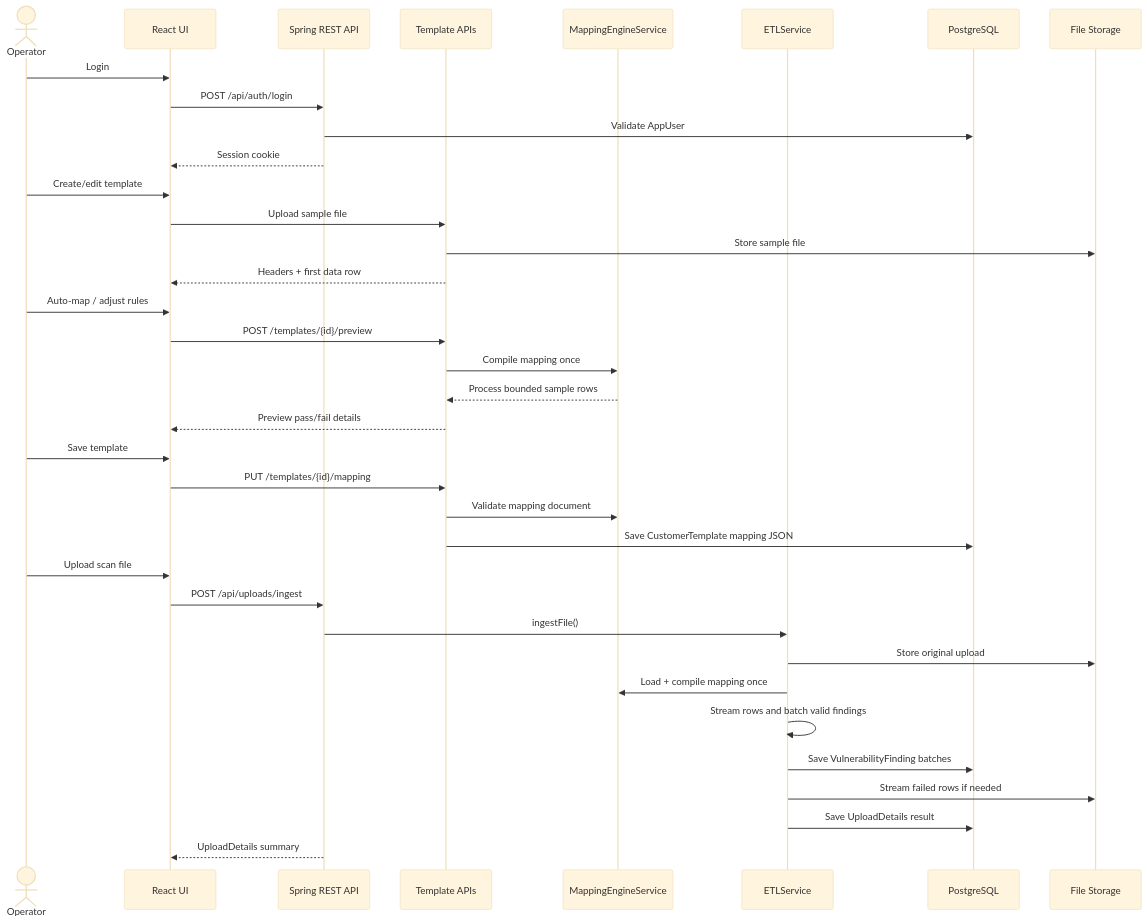
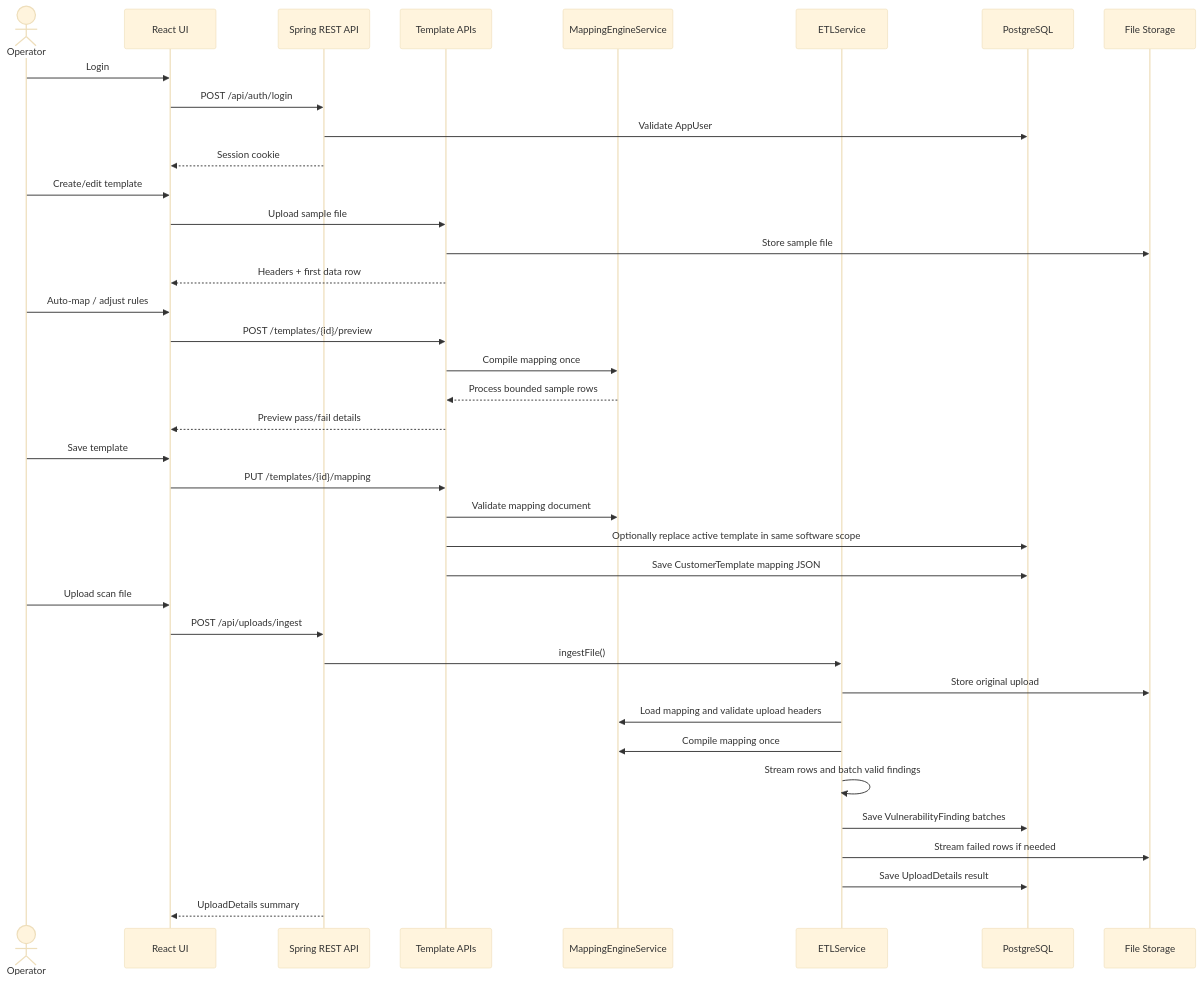
One commit to selva-czs/SecVulManager changed the second of 7 diagrams in ARCHITECTURE_AND_INGESTION_FLOW.md. Above: the diagram before and after it, drawn with Mermaid (base theme). The commit also changed other lines of this file and 40 other files, not shown here.

Commit message:
changes to active records, single template per vendor software and mapped usage of softwares for customers

````diff
--- a/ARCHITECTURE_AND_INGESTION_FLOW.md
+++ b/ARCHITECTURE_AND_INGESTION_FLOW.md
@@ -49,43 +49,45 @@
 ```mermaid
 sequenceDiagram
   actor Operator
   participant UI as React UI
   participant API as Spring REST API
   participant Template as Template APIs
   participant Engine as MappingEngineService
   participant ETL as ETLService
   participant DB as PostgreSQL
   participant FS as File Storage
 
   Operator->>UI: Login
   UI->>API: POST /api/auth/login
   API->>DB: Validate AppUser
   API-->>UI: Session cookie
 
   Operator->>UI: Create/edit template
   UI->>Template: Upload sample file
   Template->>FS: Store sample file
   Template-->>UI: Headers + first data row
 
   Operator->>UI: Auto-map / adjust rules
   UI->>Template: POST /templates/{id}/preview
   Template->>Engine: Compile mapping once
   Engine-->>Template: Process bounded sample rows
   Template-->>UI: Preview pass/fail details
 
   Operator->>UI: Save template
   UI->>Template: PUT /templates/{id}/mapping
   Template->>Engine: Validate mapping document
+  Template->>DB: Optionally replace active template in same software scope
   Template->>DB: Save CustomerTemplate mapping JSON
 
   Operator->>UI: Upload scan file
   UI->>API: POST /api/uploads/ingest
   API->>ETL: ingestFile()
   ETL->>FS: Store original upload
-  ETL->>Engine: Load + compile mapping once
+  ETL->>Engine: Load mapping and validate upload headers
+  ETL->>Engine: Compile mapping once
   ETL->>ETL: Stream rows and batch valid findings
   ETL->>DB: Save VulnerabilityFinding batches
   ETL->>FS: Stream failed rows if needed
   ETL->>DB: Save UploadDetails result
   API-->>UI: UploadDetails summary
 ```
````
